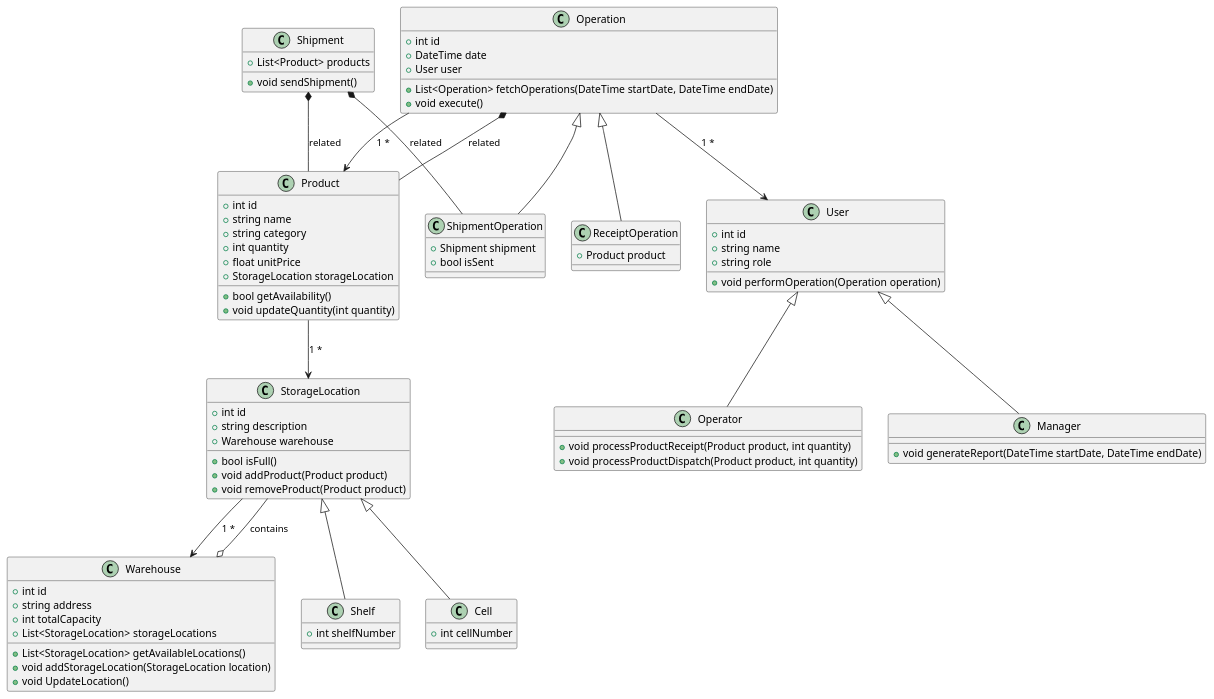
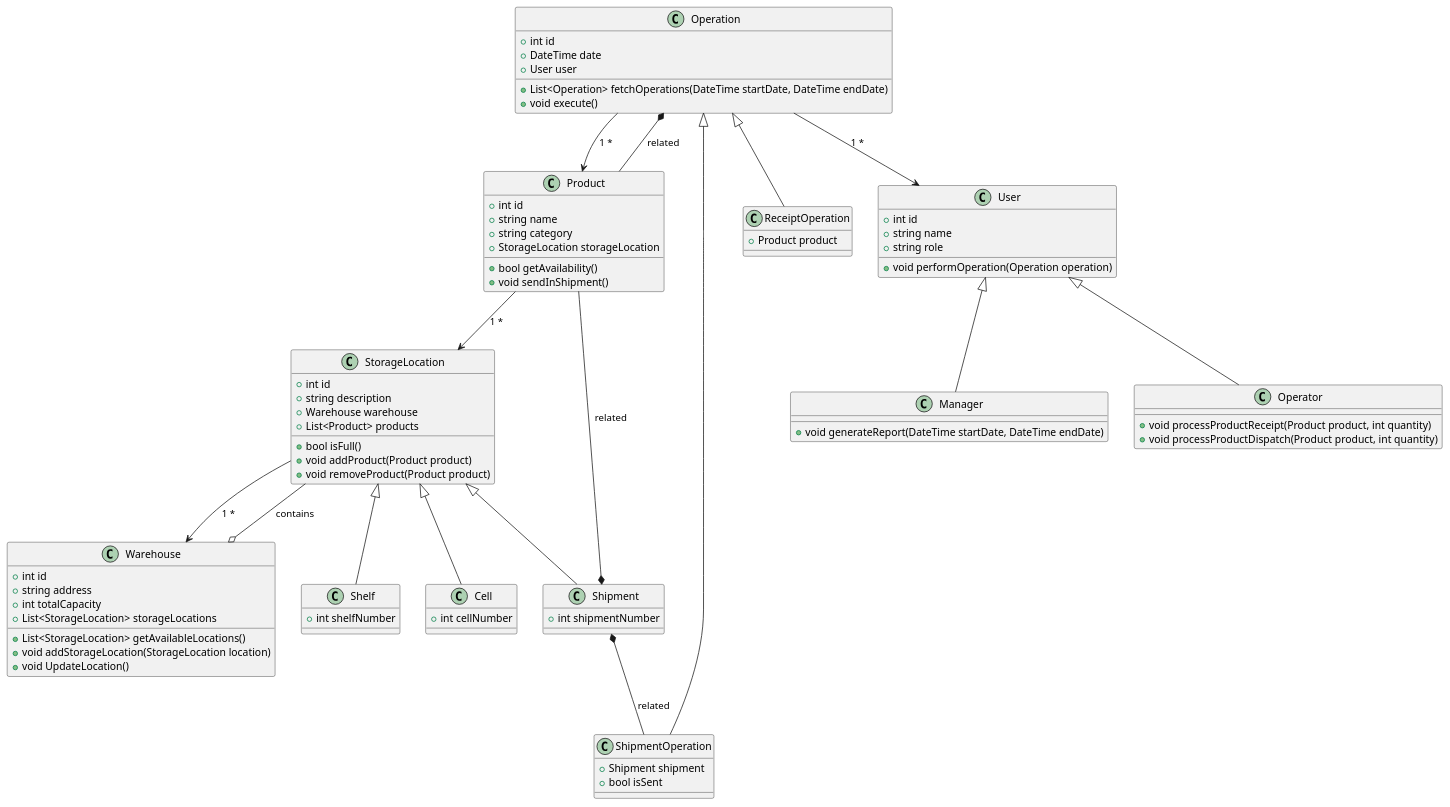
One commit to penamarth/bsbo-01-22_team6_var6 changed the diagram in Модель предметной области.md. Above: the diagram before and after it, drawn with PlantUML.

Commit message:
updated class diagrams

```diff
--- a/Модель предметной области.md
+++ b/Модель предметной области.md
@@ -5,21 +5,11 @@
     +int id
     +string name
     +string category
-    +int quantity
-    +float unitPrice
     +StorageLocation storageLocation
     +bool getAvailability()
-    +void updateQuantity(int quantity)
+    +void sendInShipment()
 }
 
-class StorageLocation {
-    +int id
-    +string description
-    +Warehouse warehouse
-    +bool isFull()
-    +void addProduct(Product product)
-    +void removeProduct(Product product)
-}
 
 class Warehouse {
     +int id
@@ -65,6 +55,16 @@
     +void processProductDispatch(Product product, int quantity)
 }
 
+class StorageLocation {
+    +int id
+    +string description
+    +Warehouse warehouse
+    +List<Product> products
+    +bool isFull()
+    +void addProduct(Product product)
+    +void removeProduct(Product product)
+}
+
 class Shelf{
     +int shelfNumber
 }
@@ -74,8 +74,7 @@
 }
 
 class Shipment{
-    +List<Product> products
-    +void sendShipment()
+    +int shipmentNumber
 }
 
 
@@ -89,6 +88,7 @@
 
 StorageLocation <|-- Shelf
 StorageLocation <|-- Cell
+StorageLocation <|-- Shipment
 
 Operation <|-- ShipmentOperation
 Operation <|-- ReceiptOperation
```
